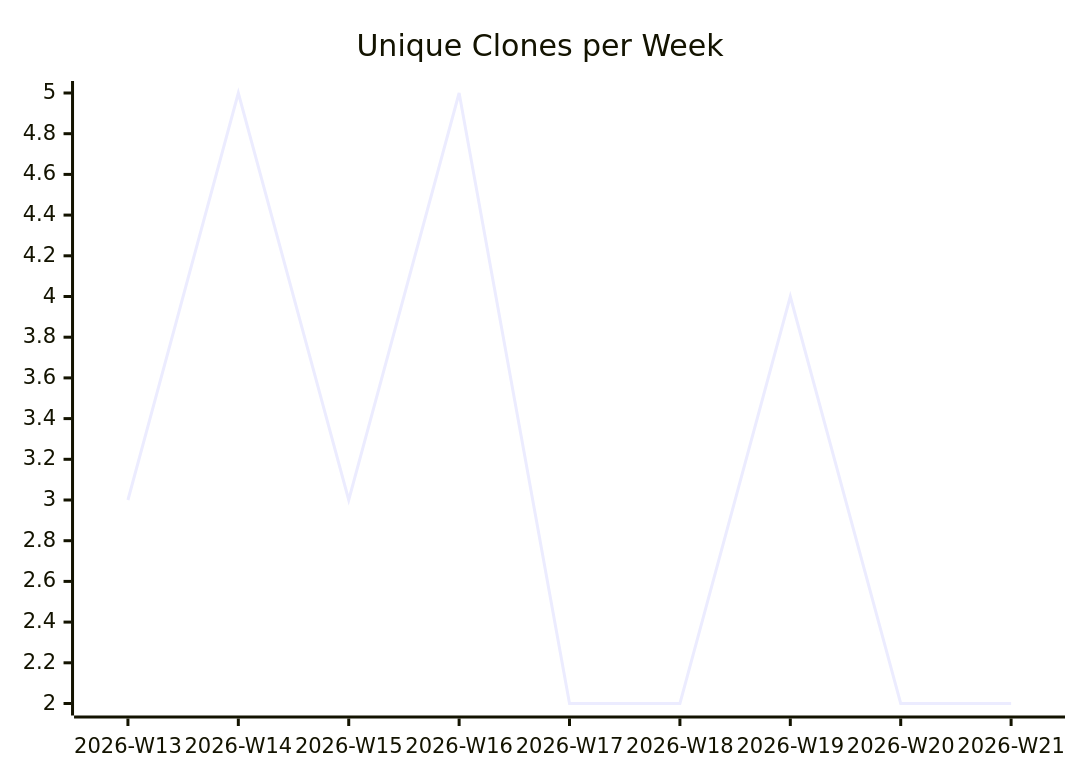
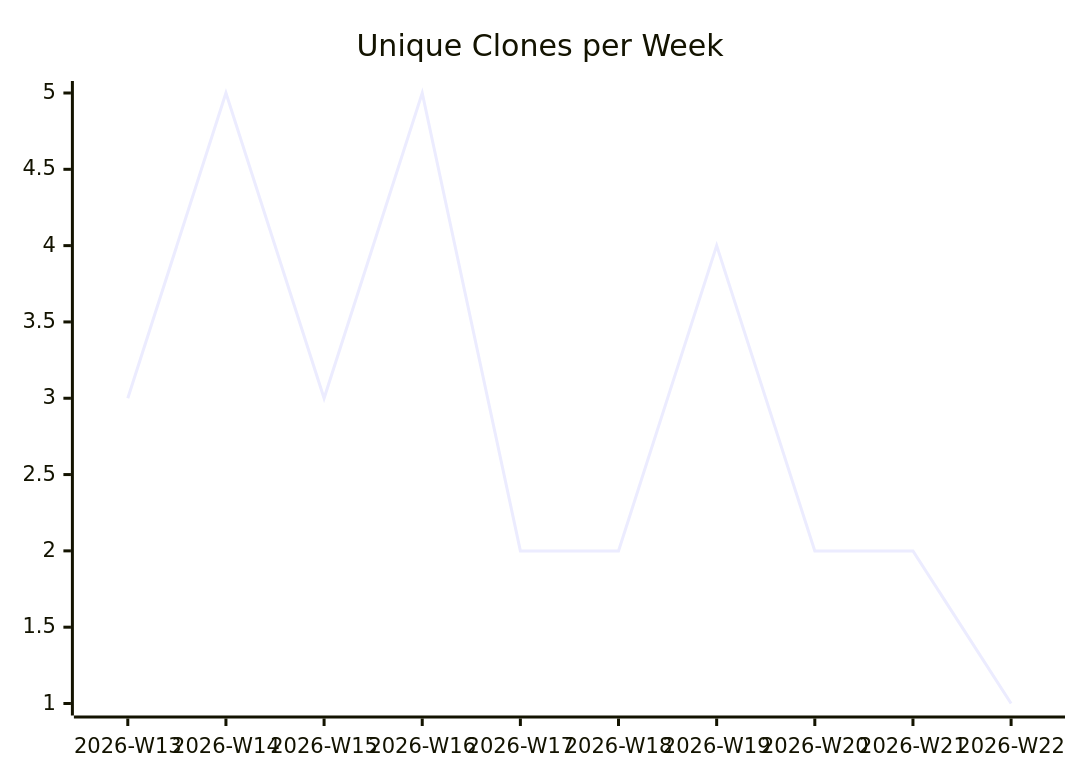
The third of 3 diagrams in karlmdavis/ansible-role-bind-dns/README.md (justdavis-family/github-analytics-data), drawn with Mermaid before and after one commit. The commit also changed other lines of this file and 190 other files, not shown here.

````diff
--- a/karlmdavis/ansible-role-bind-dns/README.md
+++ b/karlmdavis/ansible-role-bind-dns/README.md
@@ -19,6 +19,6 @@
 ```mermaid
 xychart-beta
   title "Unique Clones per Week"
-  x-axis ["2026-W13", "2026-W14", "2026-W15", "2026-W16", "2026-W17", "2026-W18", "2026-W19", "2026-W20", "2026-W21"]
-  line [3, 5, 3, 5, 2, 2, 4, 2, 2]
+  x-axis ["2026-W13", "2026-W14", "2026-W15", "2026-W16", "2026-W17", "2026-W18", "2026-W19", "2026-W20", "2026-W21", "2026-W22"]
+  line [3, 5, 3, 5, 2, 2, 4, 2, 2, 1]
 ```
````
